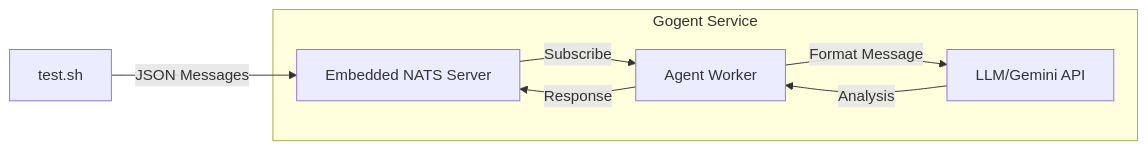
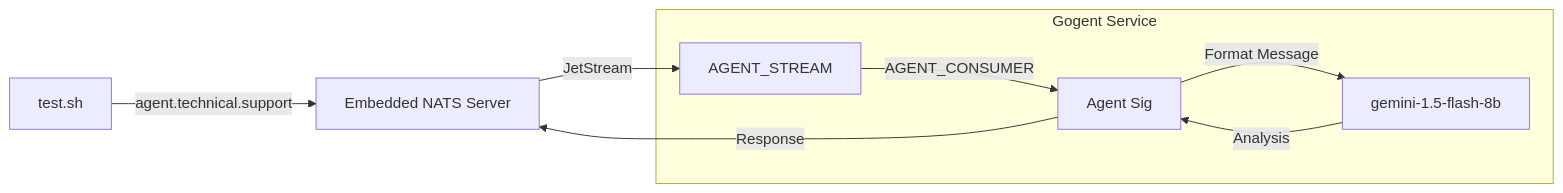
Before and after one commit to tobalo/gogent: the diagram in README.md, drawn with Mermaid. The commit also changed other lines of this file and 4 other files, not shown here.

````diff
--- a/README.md
+++ b/README.md
@@ -7,10 +7,11 @@
 ```mermaid
 flowchart LR
-    T[test.sh] -->|JSON Messages| N[Embedded NATS Server]
+    T[test.sh] -->|agent.technical.support| N[Embedded NATS Server]
     subgraph Gogent Service
-        N -->|Subscribe| A[Agent Worker]
-        A -->|Format Message| L[LLM/Gemini API]
+        S[AGENT_STREAM] -->|AGENT_CONSUMER| A[Agent Sig]
+        A -->|Format Message| L[gemini-1.5-flash-8b]
         L -->|Analysis| A
     end
+    N -->|JetStream| S
     A -->|Response| N
 ```
````
